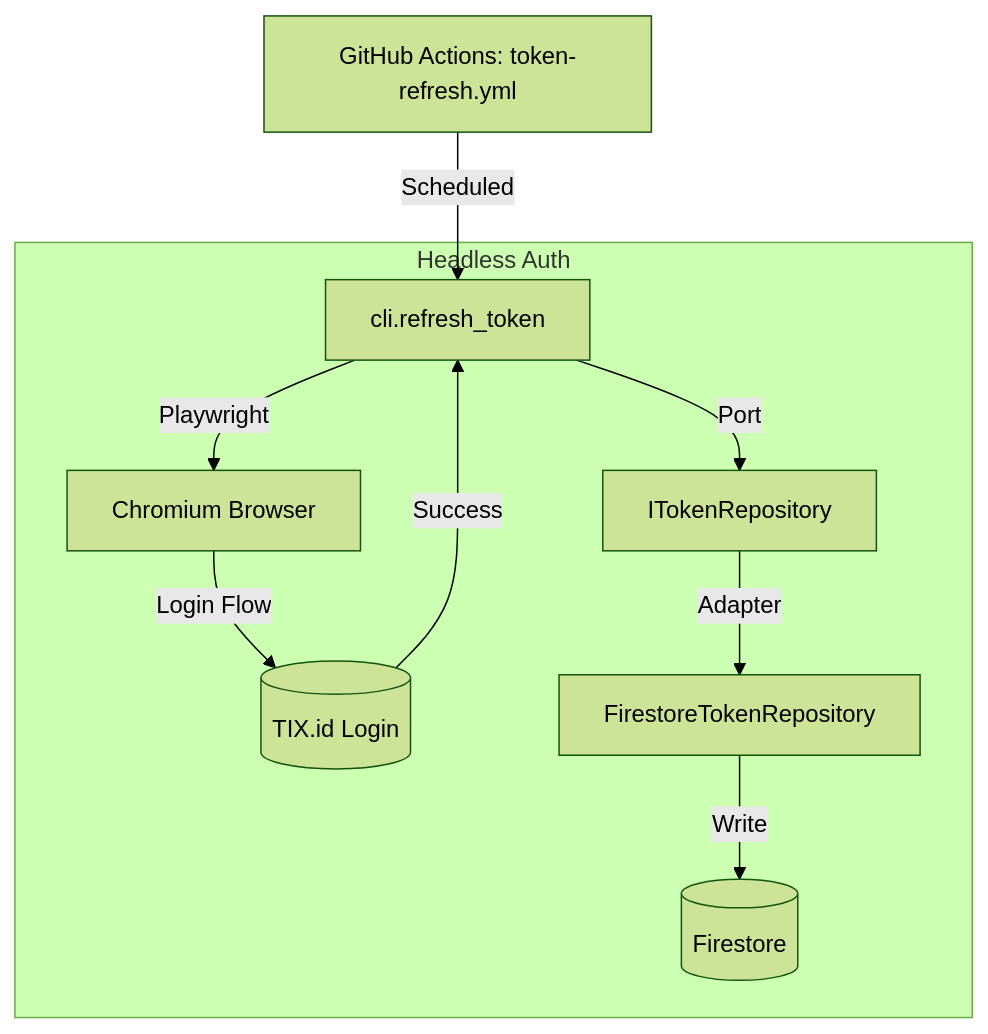
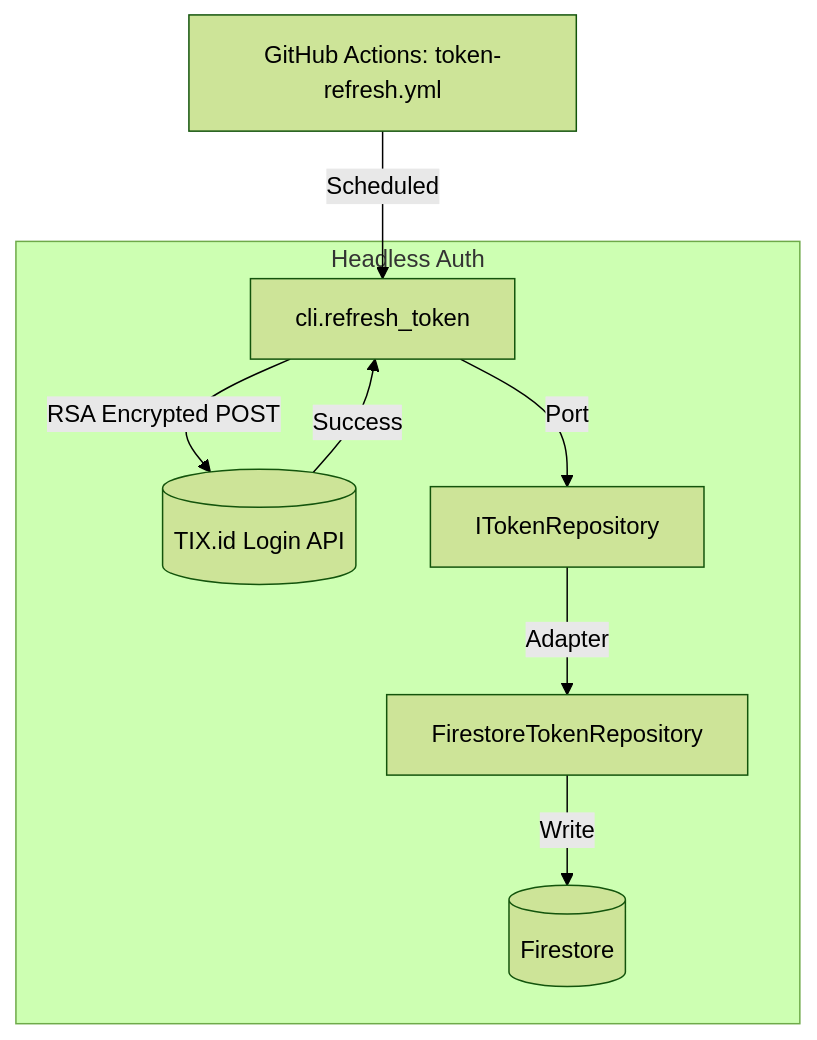
The fourth of 4 diagrams in backend/README.md (okihita/CineRadar), drawn with Mermaid (forest theme) before and after one commit. The commit also changed other lines of this file and 8 other files, not shown here.

````diff
--- a/backend/README.md
+++ b/backend/README.md
@@ -103,14 +102,13 @@
 ```mermaid
 flowchart TD
     GH[GitHub Actions: token-refresh.yml] -->|Scheduled| RTC[cli.refresh_token]
     
     subgraph "Headless Auth"
-        RTC -->|Playwright| PW[Chromium Browser]
-        PW -->|Login Flow| TIX[(TIX.id Login)]
+        RTC -->|RSA Encrypted POST| TIX[(TIX.id Login API)]
         TIX -->|Success| RTC
         
         RTC -->|Port| TR[ITokenRepository]
         TR -->|Adapter| FTR[FirestoreTokenRepository]
         FTR -->|Write| FS[(Firestore)]
     end
 ```
````
